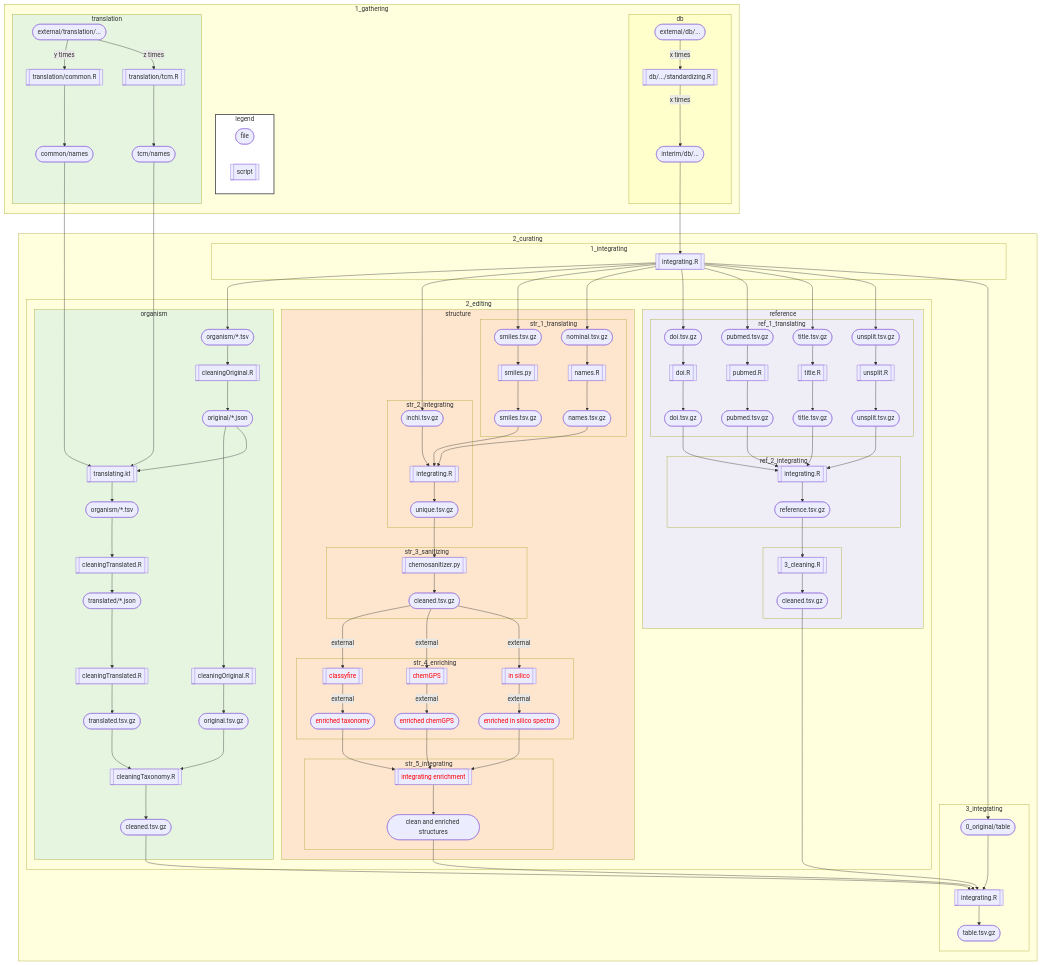
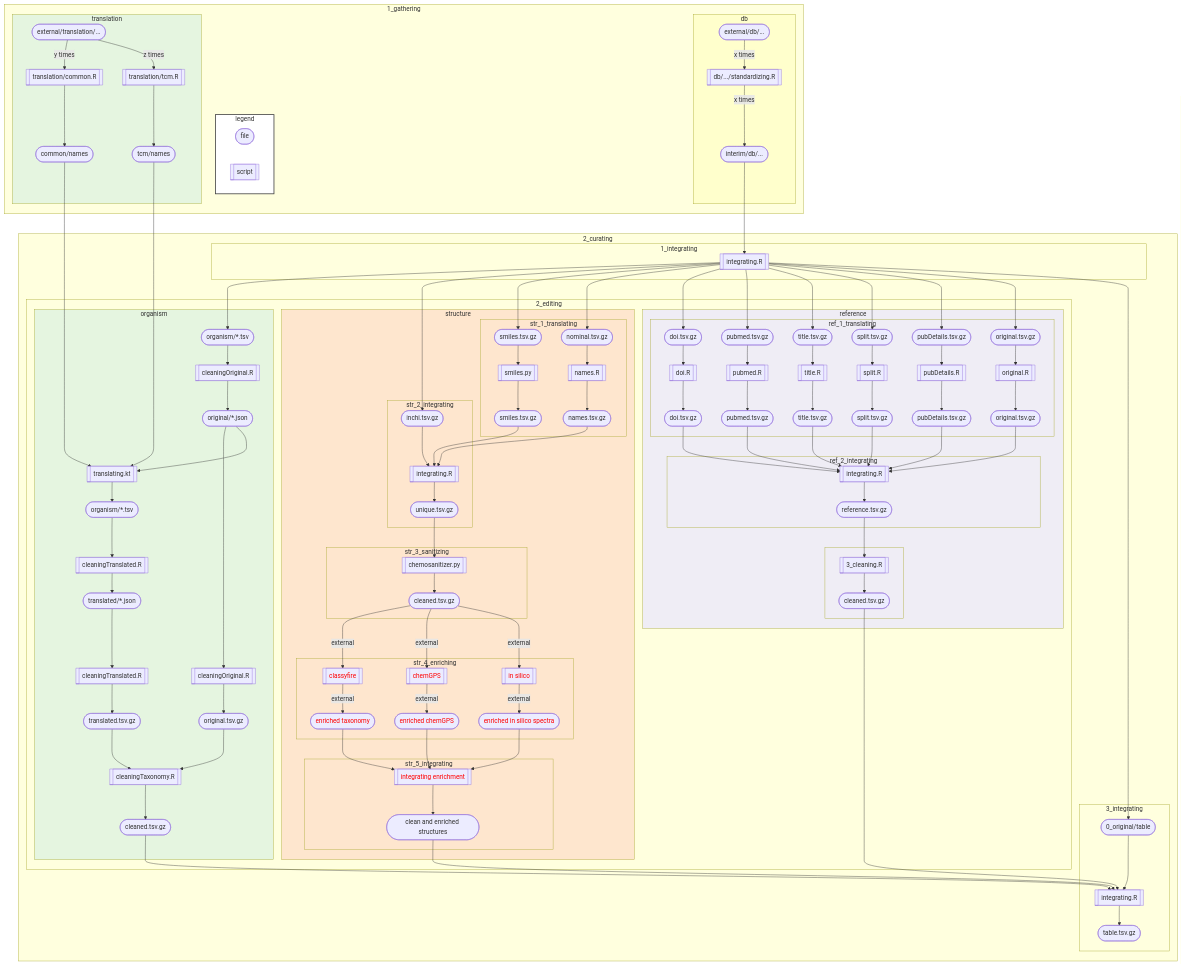
Before and after one commit to lotusnprod/lotus-processor: the diagram in README.md, drawn with Mermaid.

```diff
--- a/README.md
+++ b/README.md
@@ -118,7 +118,10 @@
 080[[integrating.R]] --> 320([doi.tsv.gz])
 080[[integrating.R]] --> 330([pubmed.tsv.gz])
 080[[integrating.R]] --> 340([title.tsv.gz])
-080[[integrating.R]] --> 350([unsplit.tsv.gz])
+080[[integrating.R]] --> 350([split.tsv.gz])
+080[[integrating.R]] --> 361([pubDetails.tsv.gz])
+080[[integrating.R]] --> 370([original.tsv.gz])
+
 subgraph ref_1_translating
 style ref_1_translating fill:#EFEDF5
 320([doi.tsv.gz]) -->
@@ -130,22 +133,30 @@
 340([title.tsv.gz]) -->
     341[[title.R]] -->
         342([title.tsv.gz])
-350([unsplit.tsv.gz]) -->
-    351[[unsplit.R]] -->
-        352([unsplit.tsv.gz])
+350([split.tsv.gz]) -->
+    351[[split.R]] -->
+        352([split.tsv.gz])
+361([pubDetails.tsv.gz]) -->
+    363[[pubDetails.R]] -->
+        362([pubDetails.tsv.gz])
+370([original.tsv.gz]) -->
+    371[[original.R]] -->
+        372([original.tsv.gz])
 end
 subgraph ref_2_integrating
 style ref_2_integrating fill:#EFEDF5
 322([doi.tsv.gz]) --> 360[[integrating.R]]
 332([pubmed.tsv.gz]) --> 360[[integrating.R]]
 342([title.tsv.gz]) --> 360[[integrating.R]]
-352([unsplit.tsv.gz]) --> 360[[integrating.R]] -->
-        370([reference.tsv.gz]) 
+352([split.tsv.gz]) --> 360[[integrating.R]]
+362([pubDetails.tsv.gz]) --> 360[[integrating.R]]
+372([original.tsv.gz]) --> 360[[integrating.R]] -->
+    380([reference.tsv.gz]) 
 end
 subgraph .
 style . fill:#EFEDF5
-370([reference.tsv.gz]) -->
-    380[[3_cleaning.R]] -->
+380([reference.tsv.gz]) -->
+    385[[3_cleaning.R]] -->
         390([cleaned.tsv.gz])
 end
 end
```
